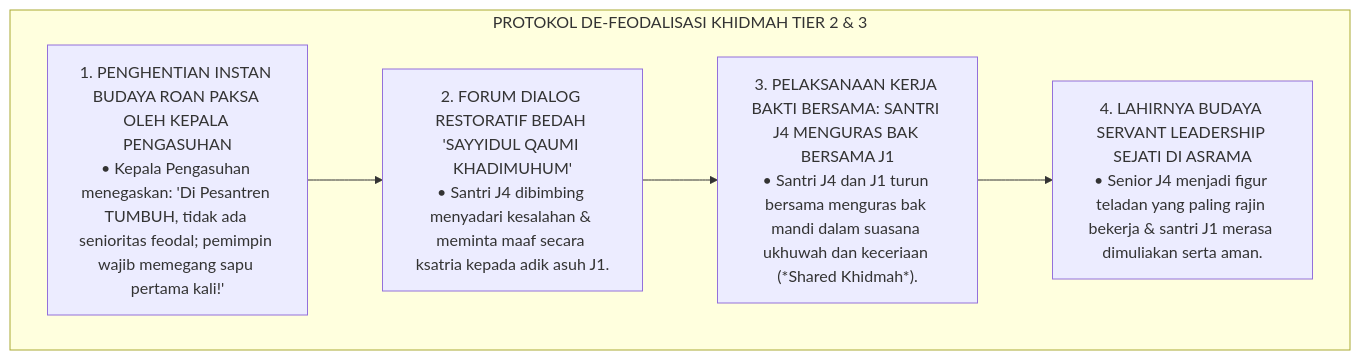
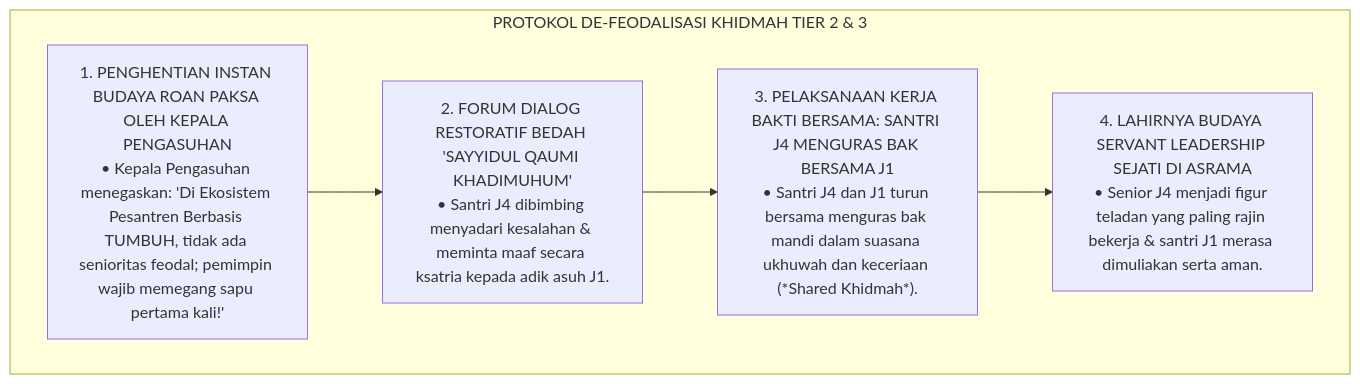
The fifth of 8 diagrams in 03 Capacity Framework/13 Nafi'un Lighairih/P3-13-02-Definisi-dan-Konseptualisasi.md (wandiapriliyandi/tumbuh), drawn with Mermaid before and after one commit. The commit also changed other lines of this file and 605 other files, not shown here.

Commit message:
refactor: standarisasi penyebutan TUMBUH sebagai sistem pembinaan pesantren di seluruh naskah

````diff
--- a/03 Capacity Framework/13 Nafi'un Lighairih/P3-13-02-Definisi-dan-Konseptualisasi.md
+++ b/03 Capacity Framework/13 Nafi'un Lighairih/P3-13-02-Definisi-dan-Konseptualisasi.md
@@ -139,14 +139,14 @@
 ```mermaid
 flowchart TD
     subgraph ProtokolRestorasiKhidmahBermartabat["PROTOKOL DE-FEODALISASI KHIDMAH TIER 2 & 3"]
-        TahapA["1. PENGHENTIAN INSTAN BUDAYA ROAN PAKSA OLEH KEPALA PENGASUHAN<br/>• Kepala Pengasuhan menegaskan: 'Di Pesantren TUMBUH, tidak ada senioritas feodal; pemimpin wajib memegang sapu pertama kali!'"]
+        TahapA["1. PENGHENTIAN INSTAN BUDAYA ROAN PAKSA OLEH KEPALA PENGASUHAN<br/>• Kepala Pengasuhan menegaskan: 'Di Ekosistem Pesantren Berbasis TUMBUH, tidak ada senioritas feodal; pemimpin wajib memegang sapu pertama kali!'"]
         
         TahapB["2. FORUM DIALOG RESTORATIF BEDAH 'SAYYIDUL QAUMI KHADIMUHUM'<br/>• Santri J4 dibimbing menyadari kesalahan & meminta maaf secara ksatria kepada adik asuh J1."]
         
         TahapC["3. PELAKSANAAN KERJA BAKTI BERSAMA: SANTRI J4 MENGURAS BAK BERSAMA J1<br/>• Santri J4 dan J1 turun bersama menguras bak mandi dalam suasana ukhuwah dan keceriaan (*Shared Khidmah*)."]
         
         TahapD["4. LAHIRNYA BUDAYA SERVANT LEADERSHIP SEJATI DI ASRAMA<br/>• Senior J4 menjadi figur teladan yang paling rajin bekerja & santri J1 merasa dimuliakan serta aman."]
         
         TahapA --> TahapB --> TahapC --> TahapD
     end
 ```
````
